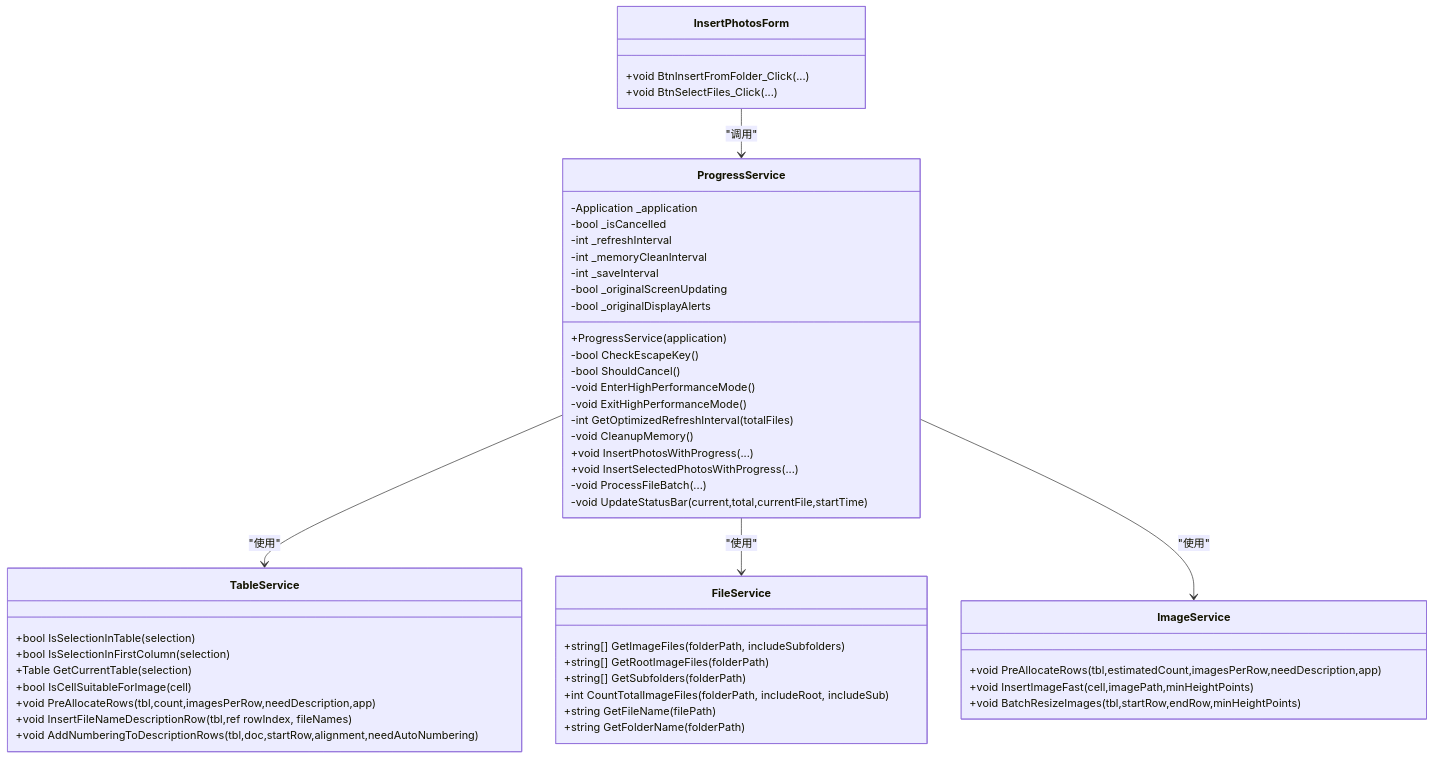
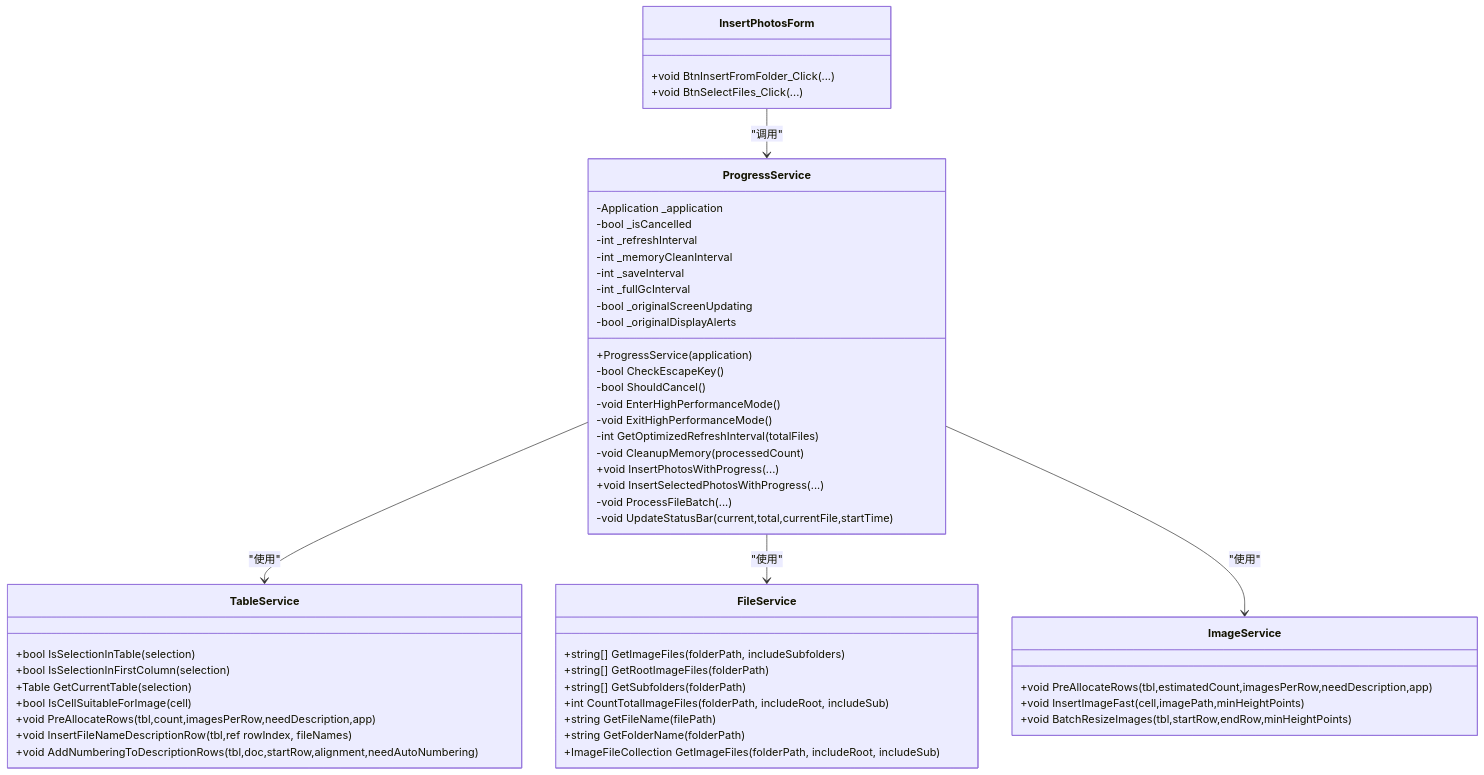
One commit to rainiva/WordTools changed the third of 6 diagrams in .qoder/repowiki/zh/content/服务层/进度服务.md. Above: the diagram before and after it, drawn with Mermaid. The commit also changed other lines of this file and 12 other files, not shown here.

````diff
--- a/.qoder/repowiki/zh/content/服务层/进度服务.md
+++ b/.qoder/repowiki/zh/content/服务层/进度服务.md
@@ -138,53 +150,55 @@
 ```mermaid
 classDiagram
 class ProgressService {
 -Application _application
 -bool _isCancelled
 -int _refreshInterval
 -int _memoryCleanInterval
 -int _saveInterval
+-int _fullGcInterval
 -bool _originalScreenUpdating
 -bool _originalDisplayAlerts
 +ProgressService(application)
 -bool CheckEscapeKey()
 -bool ShouldCancel()
 -void EnterHighPerformanceMode()
 -void ExitHighPerformanceMode()
 -int GetOptimizedRefreshInterval(totalFiles)
--void CleanupMemory()
+-void CleanupMemory(processedCount)
 +void InsertPhotosWithProgress(...)
 +void InsertSelectedPhotosWithProgress(...)
 -void ProcessFileBatch(...)
 -void UpdateStatusBar(current,total,currentFile,startTime)
 }
 class TableService {
 +bool IsSelectionInTable(selection)
 +bool IsSelectionInFirstColumn(selection)
 +Table GetCurrentTable(selection)
 +bool IsCellSuitableForImage(cell)
 +void PreAllocateRows(tbl,count,imagesPerRow,needDescription,app)
 +void InsertFileNameDescriptionRow(tbl,ref rowIndex, fileNames)
 +void AddNumberingToDescriptionRows(tbl,doc,startRow,alignment,needAutoNumbering)
 }
 class FileService {
 +string[] GetImageFiles(folderPath, includeSubfolders)
 +string[] GetRootImageFiles(folderPath)
 +string[] GetSubfolders(folderPath)
 +int CountTotalImageFiles(folderPath, includeRoot, includeSub)
 +string GetFileName(filePath)
 +string GetFolderName(folderPath)
++ImageFileCollection GetImageFiles(folderPath, includeRoot, includeSub)
 }
 class ImageService {
 +void PreAllocateRows(tbl,estimatedCount,imagesPerRow,needDescription,app)
 +void InsertImageFast(cell,imagePath,minHeightPoints)
 +void BatchResizeImages(tbl,startRow,endRow,minHeightPoints)
 }
 class InsertPhotosForm {
 +void BtnInsertFromFolder_Click(...)
 +void BtnSelectFiles_Click(...)
 }
 ProgressService --> TableService : "使用"
 ProgressService --> FileService : "使用"
 ProgressService --> ImageService : "使用"
 InsertPhotosForm --> ProgressService : "调用"
 ```
````
